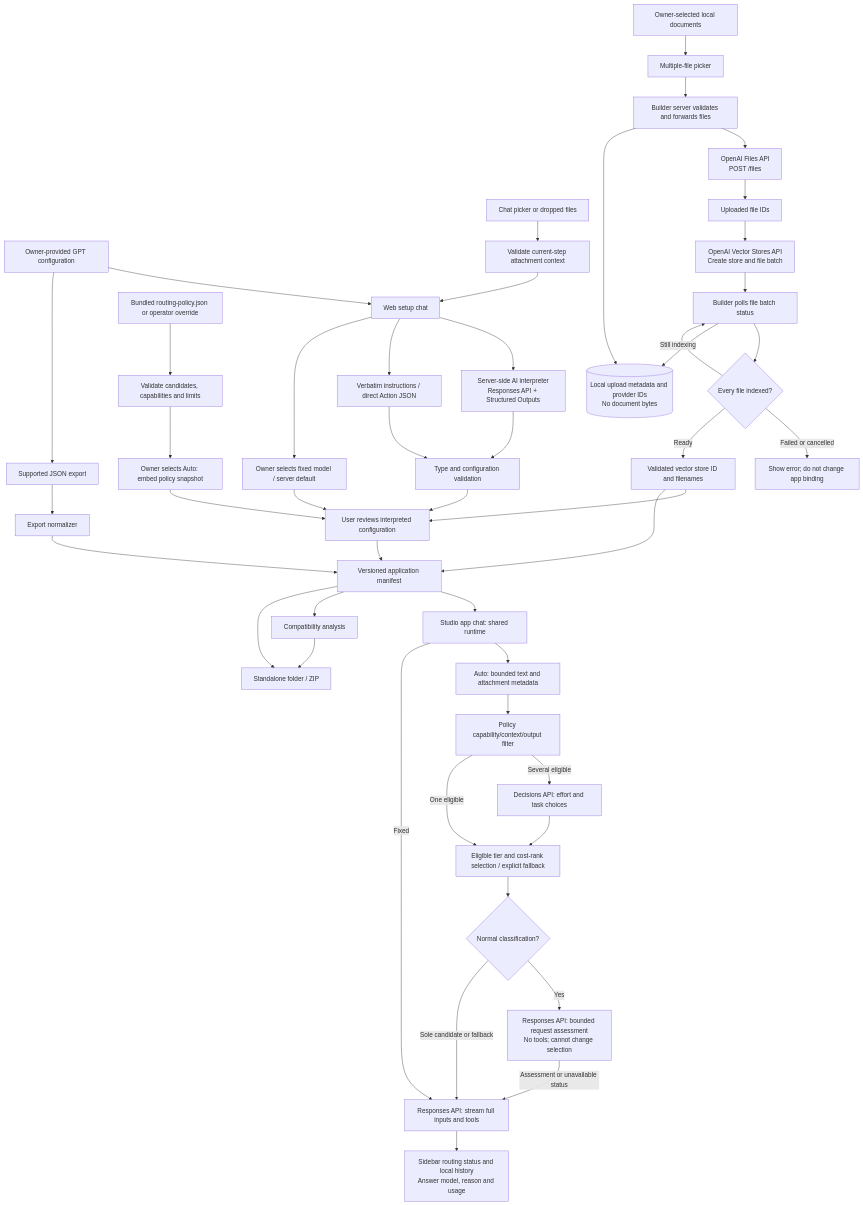
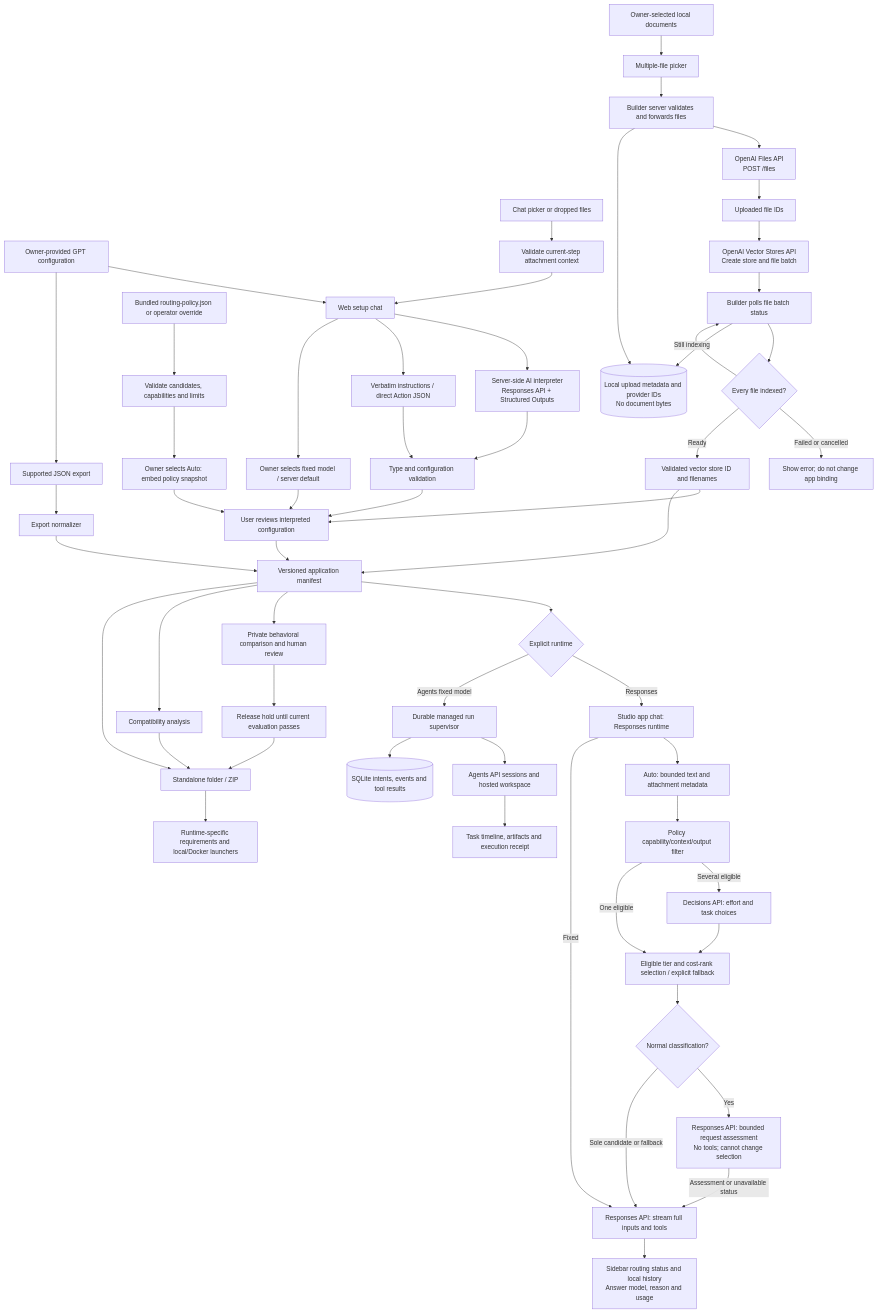
Before and after one commit to skarlekar/ai-app-studio: the first of 2 diagrams in README.md, drawn with Mermaid. The commit also changed other lines of this file and 37 other files, not shown here.

Commit message:
feat: expose managed workshop in Studio and portable app exports

````diff
--- a/README.md
+++ b/README.md
@@ -544,49 +574,58 @@
 ```mermaid
 flowchart TD
     Owner[Owner-provided GPT configuration] --> Chat[Web setup chat]
     Owner --> Export[Supported JSON export]
     Context[Chat picker or dropped files] --> ChatFiles[Validate current-step attachment context]
     ChatFiles --> Chat
     Chat --> Interpreter[Server-side AI interpreter<br/>Responses API + Structured Outputs]
     Interpreter --> Validation[Type and configuration validation]
     Chat --> Verbatim[Verbatim instructions / direct Action JSON]
     Verbatim --> Validation
     Export --> Importer[Export normalizer]
     Importer --> Spec[Versioned application manifest]
     Validation --> Review[User reviews interpreted configuration]
     Policy[Bundled routing-policy.json or operator override] --> PolicyCheck[Validate candidates, capabilities and limits]
     PolicyCheck --> Auto[Owner selects Auto: embed policy snapshot]
     Auto --> Review
     Chat --> Fixed[Owner selects fixed model / server default]
     Fixed --> Review
     Documents[Owner-selected local documents] --> Picker[Multiple-file picker]
     Picker --> Uploader[Builder server validates and forwards files]
     Uploader --> FilesAPI[OpenAI Files API<br/>POST /files]
     FilesAPI --> FileIDs[Uploaded file IDs]
     FileIDs --> Indexer[OpenAI Vector Stores API<br/>Create store and file batch]
     Indexer --> Poll[Builder polls file batch status]
     Poll --> Ready{Every file indexed?}
     Ready -->|Still indexing| Poll
     Ready -->|Failed or cancelled| Failure[Show error; do not change app binding]
     Ready -->|Ready| Binding[Validated vector store ID and filenames]
     Binding --> Review
     Binding --> Spec
     Uploader --> Metadata[(Local upload metadata and provider IDs<br/>No document bytes)]
     Poll --> Metadata
     Review --> Spec
-    Spec --> Studio[Studio app chat: shared runtime]
+    Spec --> RuntimeChoice{Explicit runtime}
+    RuntimeChoice -->|Responses| Studio[Studio app chat: Responses runtime]
+    RuntimeChoice -->|Agents fixed model| Managed[Durable managed run supervisor]
+    Managed --> Sessions[Agents API sessions and hosted workspace]
+    Sessions --> ManagedStatus[Task timeline, artifacts and execution receipt]
+    Managed --> Ledger[(SQLite intents, events and tool results)]
+    Spec --> Quality[Private behavioral comparison and human review]
+    Quality --> Release[Release hold until current evaluation passes]
     Studio --> Evidence[Auto: bounded text and attachment metadata]
     Evidence --> Filter[Policy capability/context/output filter]
     Filter -->|Several eligible| Decisions[Decisions API: effort and task choices]
     Filter -->|One eligible| Select
     Decisions --> Select[Eligible tier and cost-rank selection / explicit fallback]
     Studio -->|Fixed| Answer[Responses API: stream full inputs and tools]
     Select --> ExplainWhen{Normal classification?}
     ExplainWhen -->|Yes| Explain[Responses API: bounded request assessment<br/>No tools; cannot change selection]
     Explain -->|Assessment or unavailable status| Answer
     ExplainWhen -->|Sole candidate or fallback| Answer
     Answer --> Status[Sidebar routing status and local history<br/>Answer model, reason and usage]
     Spec --> Report[Compatibility analysis]
     Spec --> Package[Standalone folder / ZIP]
     Report --> Package
+    Release --> Package
+    Package --> Dependencies[Runtime-specific requirements and local/Docker launchers]
 ```
````
